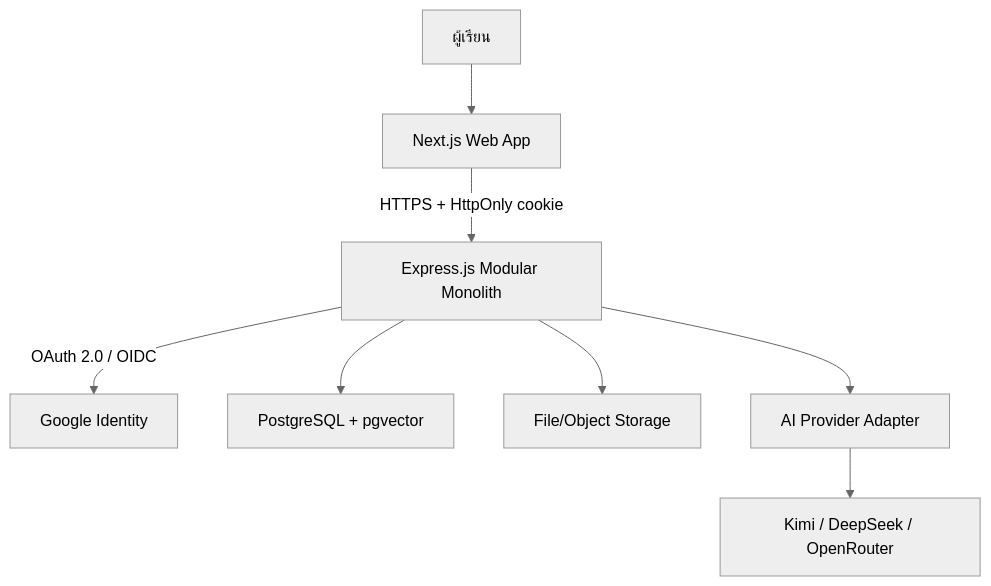
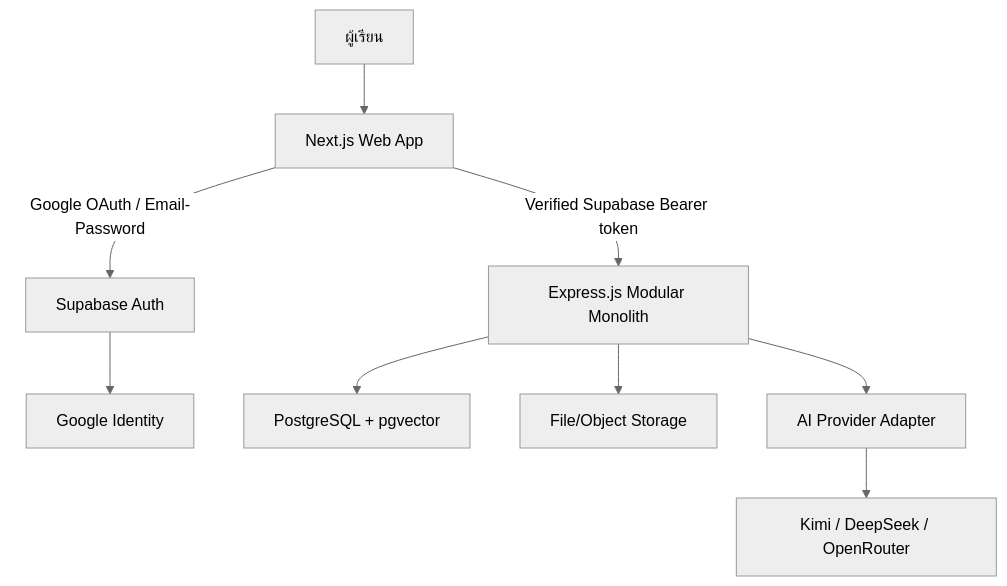
The first of 4 diagrams in docs/architecture.md (SteveJO789/LearnlyAi), drawn with Mermaid (neutral theme) before and after one commit. The commit also changed other lines of this file, not shown here.

Commit message:
docs: align docs/architecture.md with approved Supabase MVP

````diff
--- a/docs/architecture.md
+++ b/docs/architecture.md
@@ -20,10 +20,11 @@
 ```mermaid
 flowchart TB
     Learner["ผู้เรียน"] --> Web["Next.js Web App"]
-    Web -->|"HTTPS + HttpOnly cookie"| API["Express.js Modular Monolith"]
-    API -->|"OAuth 2.0 / OIDC"| Google["Google Identity"]
+    Web -->|"Google OAuth / Email-Password"| Auth["Supabase Auth"]
+    Auth --> Google["Google Identity"]
+    Web -->|"Verified Supabase Bearer token"| API["Express.js Modular Monolith"]
     API --> DB["PostgreSQL + pgvector"]
     API --> Files["File/Object Storage"]
     API --> Provider["AI Provider Adapter"]
     Provider --> Models["Kimi / DeepSeek / OpenRouter"]
 ```
````
